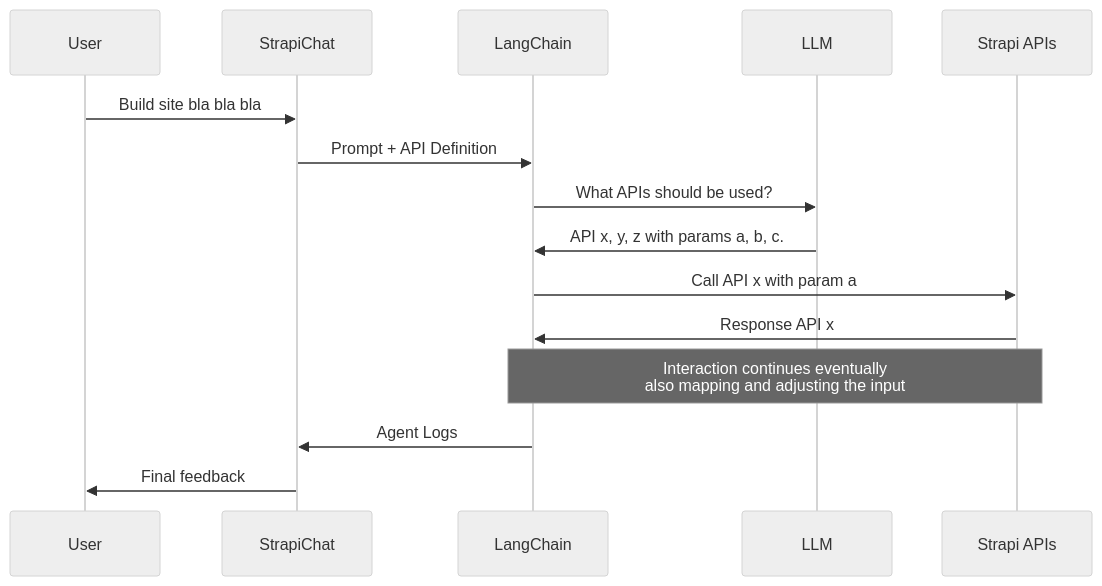
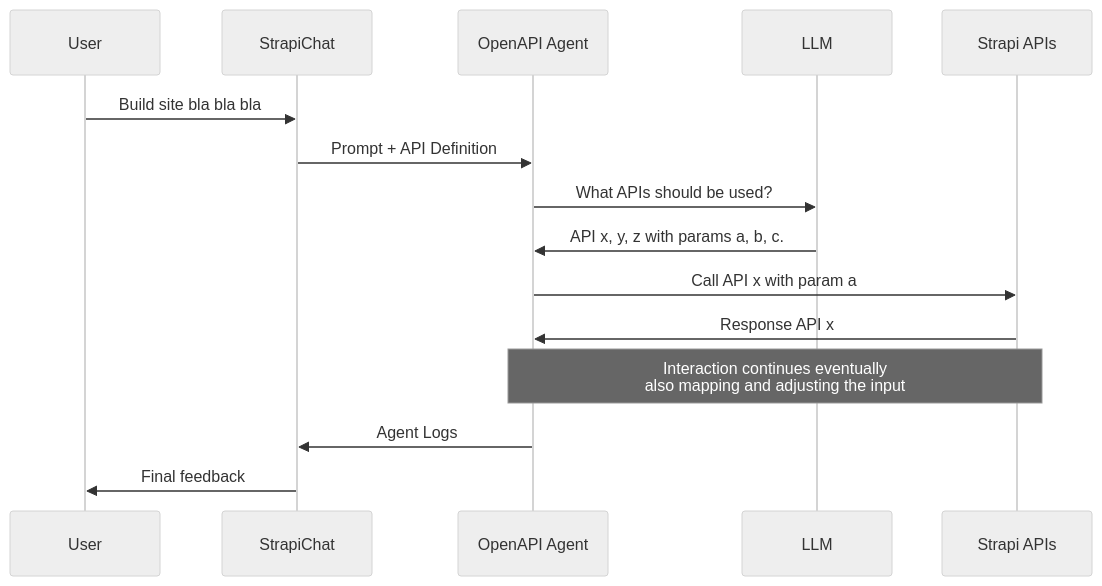
Before and after one commit to alallaqi/poc-strapi-chat: the second of 4 diagrams in README.md, drawn with Mermaid (neutral theme). The commit also changed other lines of this file and 4 other files, not shown here.

````diff
--- a/README.md
+++ b/README.md
@@ -32,12 +55,12 @@
 ```mermaid
 sequenceDiagram
     User->>StrapiChat: Build site bla bla bla
-    StrapiChat->>LangChain: Prompt + API Definition
-    LangChain->>LLM: What APIs should be used?
-    LLM->>LangChain: API x, y, z with params a, b, c.
-    LangChain->>Strapi APIs: Call API x with param a
-    Strapi APIs->>LangChain: Response API x
-    Note over LangChain,Strapi APIs: Interaction continues eventually <br /> also mapping and adjusting the input
-    LangChain->>StrapiChat: Agent Logs
+    StrapiChat->>OpenAPI Agent: Prompt + API Definition
+    OpenAPI Agent->>LLM: What APIs should be used?
+    LLM->>OpenAPI Agent: API x, y, z with params a, b, c.
+    OpenAPI Agent->>Strapi APIs: Call API x with param a
+    Strapi APIs->>OpenAPI Agent: Response API x
+    Note over OpenAPI Agent,Strapi APIs: Interaction continues eventually <br /> also mapping and adjusting the input
+    OpenAPI Agent->>StrapiChat: Agent Logs
     StrapiChat->>User: Final feedback
 ```
````
